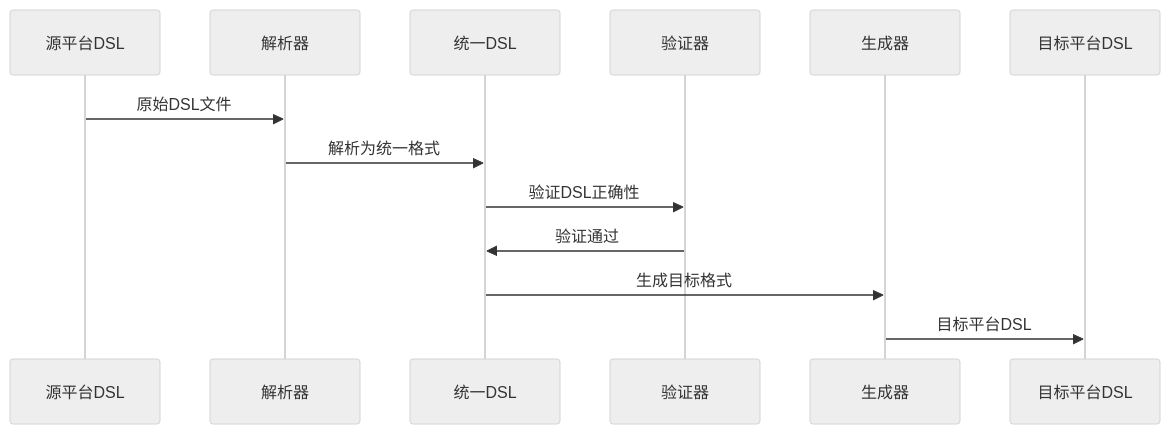
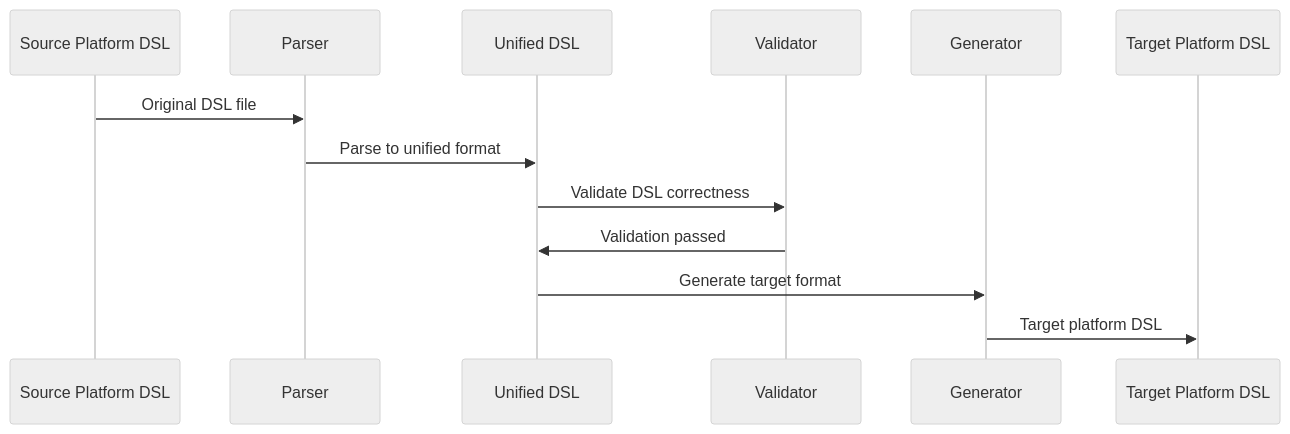
One commit to iflytek/AgentBridge changed the diagram in README.md. Above: the diagram before and after it, drawn with Mermaid (neutral theme). The commit also changed other lines of this file and 2 other files, not shown here.

First line of the commit message:
chore: format code and streamline documentation

````diff
--- a/README.md
+++ b/README.md
@@ -66,16 +63,16 @@
 ```mermaid
 sequenceDiagram
-    participant Source as 源平台DSL
-    participant Parser as 解析器
-    participant Unified as 统一DSL
-    participant Validator as 验证器
-    participant Generator as 生成器
-    participant Target as 目标平台DSL
+    participant Source as Source Platform DSL
+    participant Parser as Parser
+    participant Unified as Unified DSL
+    participant Validator as Validator
+    participant Generator as Generator
+    participant Target as Target Platform DSL
 
-    Source->>Parser: 原始DSL文件
-    Parser->>Unified: 解析为统一格式
-    Unified->>Validator: 验证DSL正确性
-    Validator->>Unified: 验证通过
-    Unified->>Generator: 生成目标格式
-    Generator->>Target: 目标平台DSL
+    Source->>Parser: Original DSL file
+    Parser->>Unified: Parse to unified format
+    Unified->>Validator: Validate DSL correctness
+    Validator->>Unified: Validation passed
+    Unified->>Generator: Generate target format
+    Generator->>Target: Target platform DSL
 ```
````
